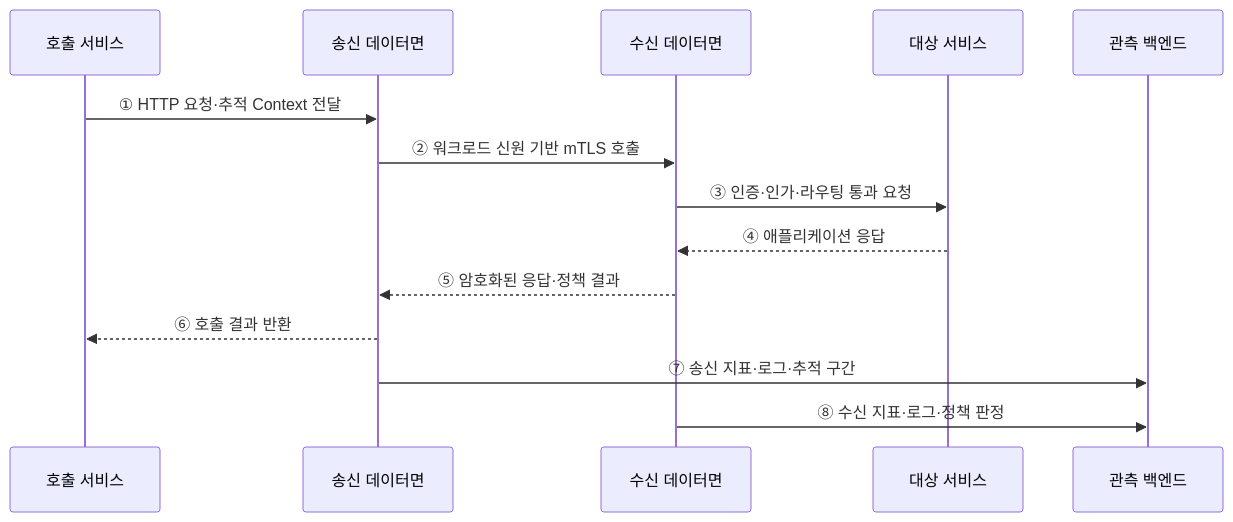
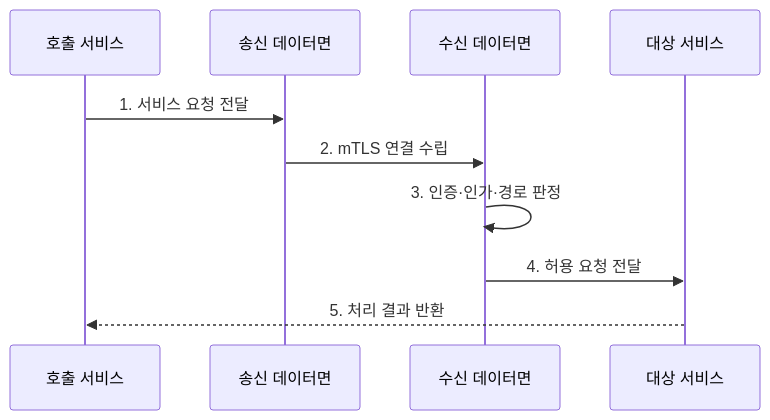
One commit to agnusdei1207/knowledge-base changed the second of 2 diagrams in src/content/docs/notes/03-software/160_istio_service_mesh.md. Above: the diagram before and after it, drawn with Mermaid. The commit also changed other lines of this file and 20 other files, not shown here.

````diff
--- a/src/content/docs/notes/03-software/160_istio_service_mesh.md
+++ b/src/content/docs/notes/03-software/160_istio_service_mesh.md
@@ -72,16 +85,12 @@
 ```mermaid
 sequenceDiagram
     participant A as 호출 서비스
     participant S as 송신 데이터면
     participant D as 수신 데이터면
     participant B as 대상 서비스
-    participant O as 관측 백엔드
-    A->>S: ① HTTP 요청·추적 Context 전달
-    S->>D: ② 워크로드 신원 기반 mTLS 호출
-    D->>B: ③ 인증·인가·라우팅 통과 요청
-    B-->>D: ④ 애플리케이션 응답
-    D-->>S: ⑤ 암호화된 응답·정책 결과
-    S-->>A: ⑥ 호출 결과 반환
-    S->>O: ⑦ 송신 지표·로그·추적 구간
-    D->>O: ⑧ 수신 지표·로그·정책 판정
+    A->>S: 1. 서비스 요청 전달
+    S->>D: 2. mTLS 연결 수립
+    D->>D: 3. 인증·인가·경로 판정
+    D->>B: 4. 허용 요청 전달
+    B-->>A: 5. 처리 결과 반환
 ```
````
